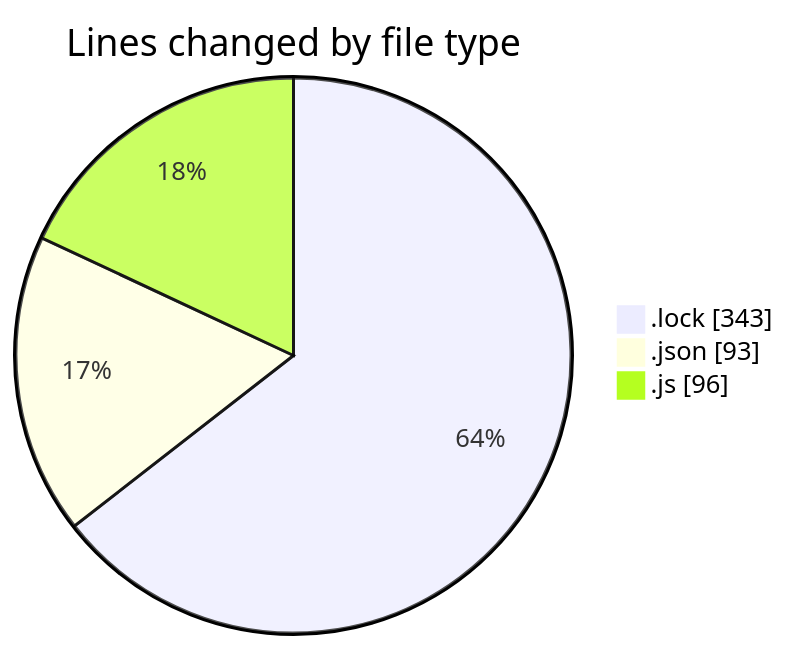
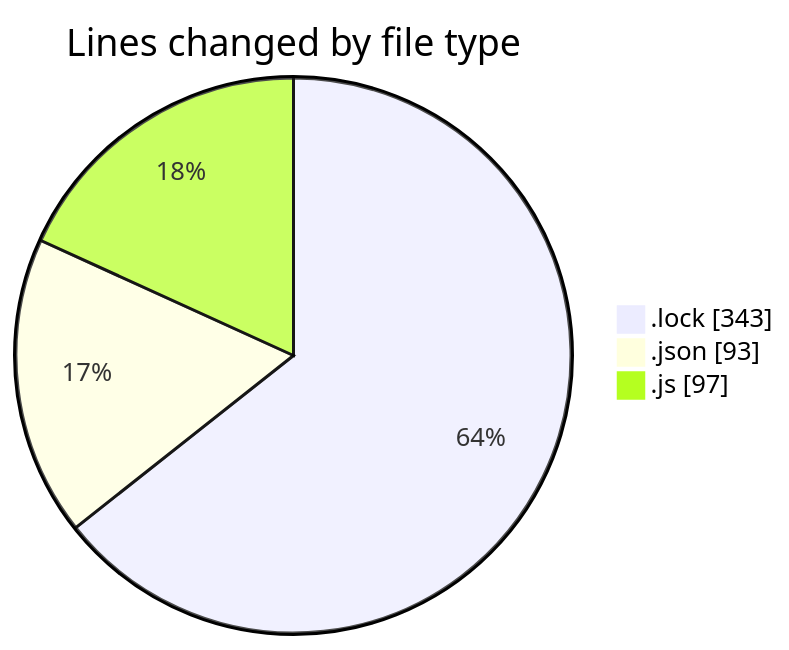
Before and after one commit to momahboobian/code-tracking: the first of 2 diagrams in 2025-01-30/cda/README.md, drawn with Mermaid. The commit also changed other lines of this file and 1 other file, not shown here.

````diff
--- a/2025-01-30/cda/README.md
+++ b/2025-01-30/cda/README.md
@@ -26,7 +26,7 @@
 ```mermaid
 pie showData
 title Lines changed by file type
 ".lock" : 343
 ".json" : 93
-".js" : 96
+".js" : 97
 ```
````
